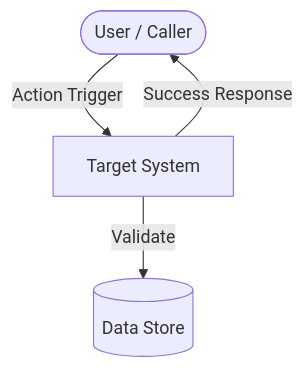
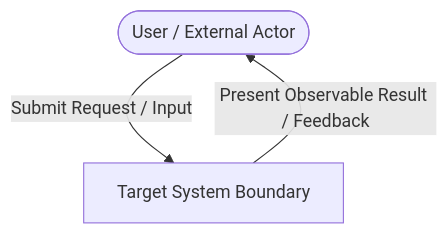
One commit to green-tea-stalk/swe-agent-skills changed the diagram in plugins/swe-workflow/skills/planning-and-designing/references/requirements-template.md. Above: the diagram before and after it, drawn with Mermaid. The commit also changed other lines of this file and 5 other files, not shown here.

````diff
--- a/plugins/swe-workflow/skills/planning-and-designing/references/requirements-template.md
+++ b/plugins/swe-workflow/skills/planning-and-designing/references/requirements-template.md
@@ -61,7 +63,6 @@
 ```mermaid
 graph TD
-    %% Insert Mermaid diagram (flowchart, sequence, or state diagram) clarifying workflows
-    User([User / Caller]) -->|Action Trigger| System[Target System]
-    System -->|Validate| DB[(Data Store)]
-    System -->|Success Response| User
+    %% Insert Mermaid diagram depicting external actors interacting with the system boundary
+    User([User / External Actor]) -->|Submit Request / Input| System[Target System Boundary]
+    System -->|Present Observable Result / Feedback| User
 ```
````
